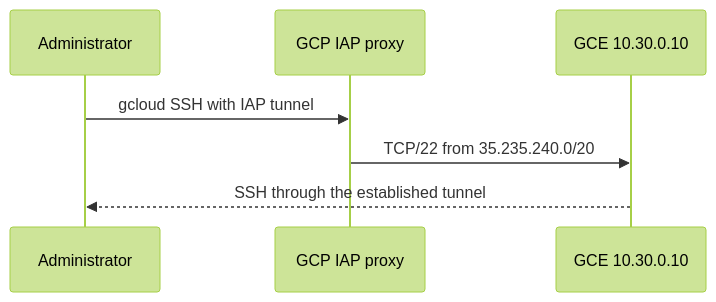
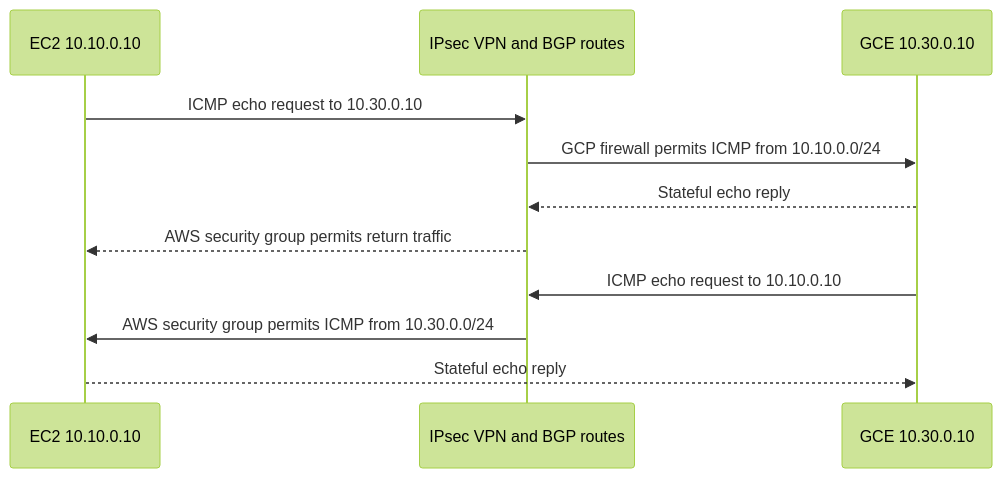
The second of 5 diagrams in docs/architecture.md (PFeynman/multicloud-lab), drawn with Mermaid (forest theme) before and after one commit. The commit also changed other lines of this file and 9 other files, not shown here.

````diff
--- a/docs/architecture.md
+++ b/docs/architecture.md
@@ -128,9 +79,13 @@
 ```mermaid
 sequenceDiagram
-  participant User as Administrator
-  participant IAP as GCP IAP proxy
+  participant EC2 as EC2 10.10.0.10
+  participant VPN as IPsec VPN and BGP routes
   participant GCE as GCE 10.30.0.10
-  User->>IAP: gcloud SSH with IAP tunnel
-  IAP->>GCE: TCP/22 from 35.235.240.0/20
-  GCE-->>User: SSH through the established tunnel
+  EC2->>VPN: ICMP echo request to 10.30.0.10
+  VPN->>GCE: GCP firewall permits ICMP from 10.10.0.0/24
+  GCE-->>VPN: Stateful echo reply
+  VPN-->>EC2: AWS security group permits return traffic
+  GCE->>VPN: ICMP echo request to 10.10.0.10
+  VPN->>EC2: AWS security group permits ICMP from 10.30.0.0/24
+  EC2-->>GCE: Stateful echo reply
 ```
````
